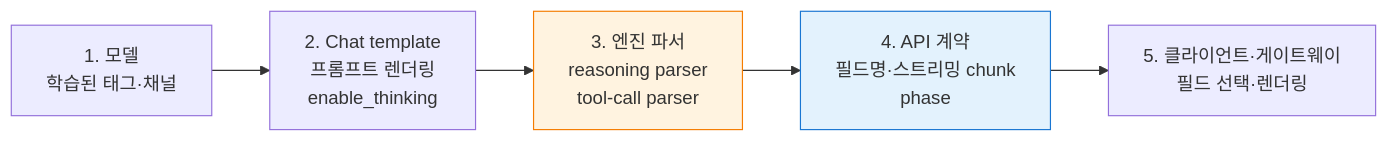
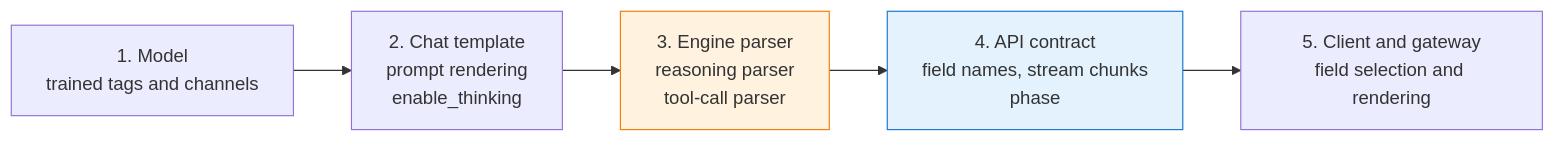
The diagram in docs/agentic-ai-platform/model-serving/inference-frameworks/reasoning-tool-output-parsing.md (devfloor9/engineering-playbook), drawn with Mermaid before and after one commit. The commit also changed other lines of this file and 954 other files, not shown here.

````diff
--- a/docs/agentic-ai-platform/model-serving/inference-frameworks/reasoning-tool-output-parsing.md
+++ b/docs/agentic-ai-platform/model-serving/inference-frameworks/reasoning-tool-output-parsing.md
@@ -56,9 +56,9 @@
 ```mermaid
 flowchart LR
-    M["1. 모델<br/>학습된 태그·채널"] --> T["2. Chat template<br/>프롬프트 렌더링<br/>enable_thinking"]
-    T --> P["3. 엔진 파서<br/>reasoning parser<br/>tool-call parser"]
-    P --> A["4. API 계약<br/>필드명·스트리밍 chunk<br/>phase"]
-    A --> C["5. 클라이언트·게이트웨이<br/>필드 선택·렌더링"]
+    M["1. Model<br/>trained tags and channels"] --> T["2. Chat template<br/>prompt rendering<br/>enable_thinking"]
+    T --> P["3. Engine parser<br/>reasoning parser<br/>tool-call parser"]
+    P --> A["4. API contract<br/>field names, stream chunks<br/>phase"]
+    A --> C["5. Client and gateway<br/>field selection and rendering"]
     style P fill:#fff3e0,stroke:#f57c00
     style A fill:#e3f2fd,stroke:#1976d2
 ```
````
